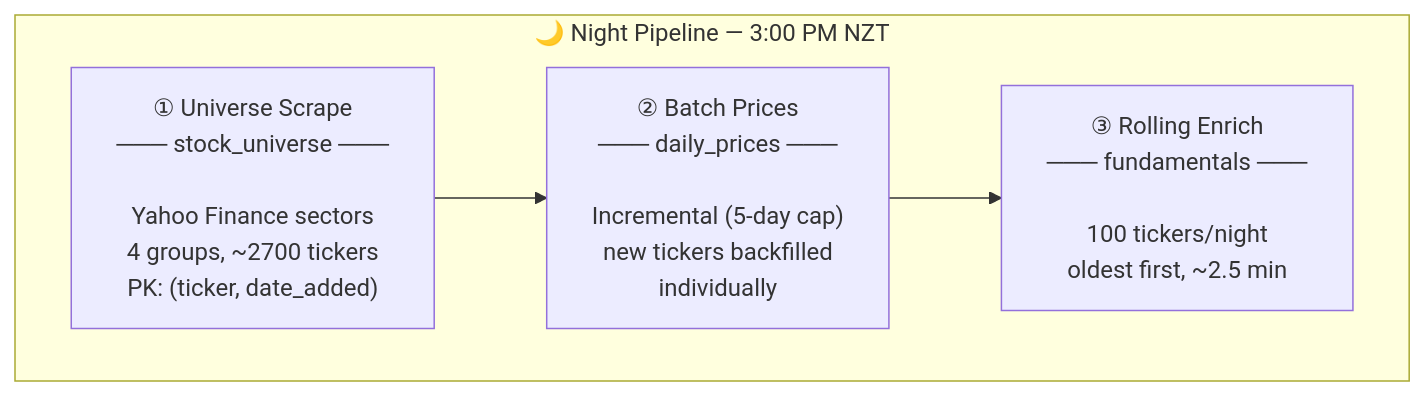
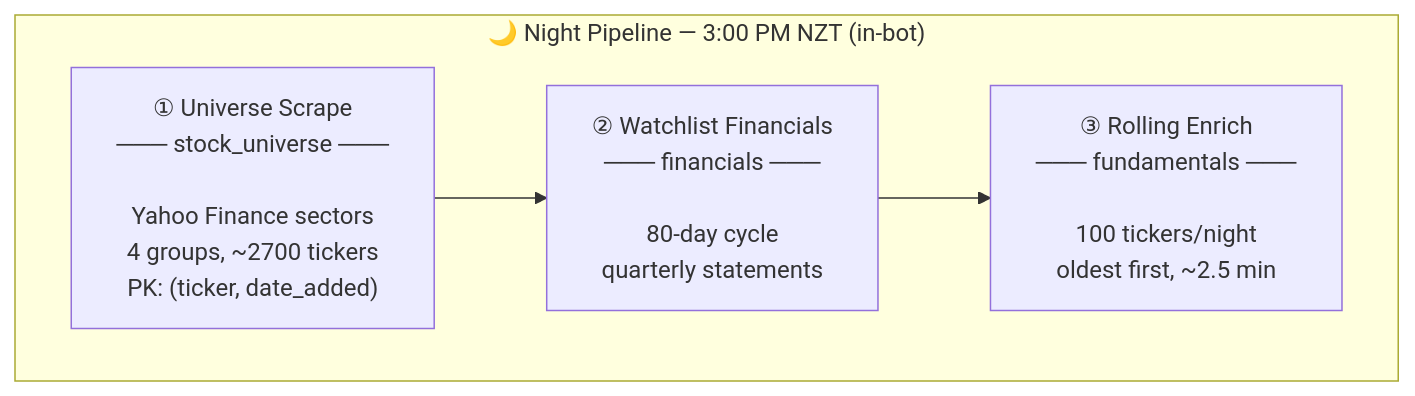
The second of 7 diagrams in dump/data_flow.md (ZengSeng/telegram-bot), drawn with Mermaid before and after one commit. The commit also changed other lines of this file and 15 other files, not shown here.

````diff
--- a/dump/data_flow.md
+++ b/dump/data_flow.md
@@ -66,10 +60,10 @@
 ```mermaid
 flowchart LR
-    subgraph NIGHT["🌙 Night Pipeline — 3:00 PM NZT"]
+    subgraph NIGHT["🌙 Night Pipeline — 3:00 PM NZT (in-bot)"]
         direction LR
         N1["① Universe Scrape\n─── stock_universe ───\n\nYahoo Finance sectors\n4 groups, ~2700 tickers\nPK: (ticker, date_added)"]
-        N2["② Batch Prices\n─── daily_prices ───\n\nIncremental (5-day cap)\nnew tickers backfilled\nindividually"]
+        N2["② Watchlist Financials\n─── financials ───\n\n80-day cycle\nquarterly statements"]
         N3["③ Rolling Enrich\n─── fundamentals ───\n\n100 tickers/night\noldest first, ~2.5 min"]
         N1 --> N2 --> N3
     end
 ```
````
